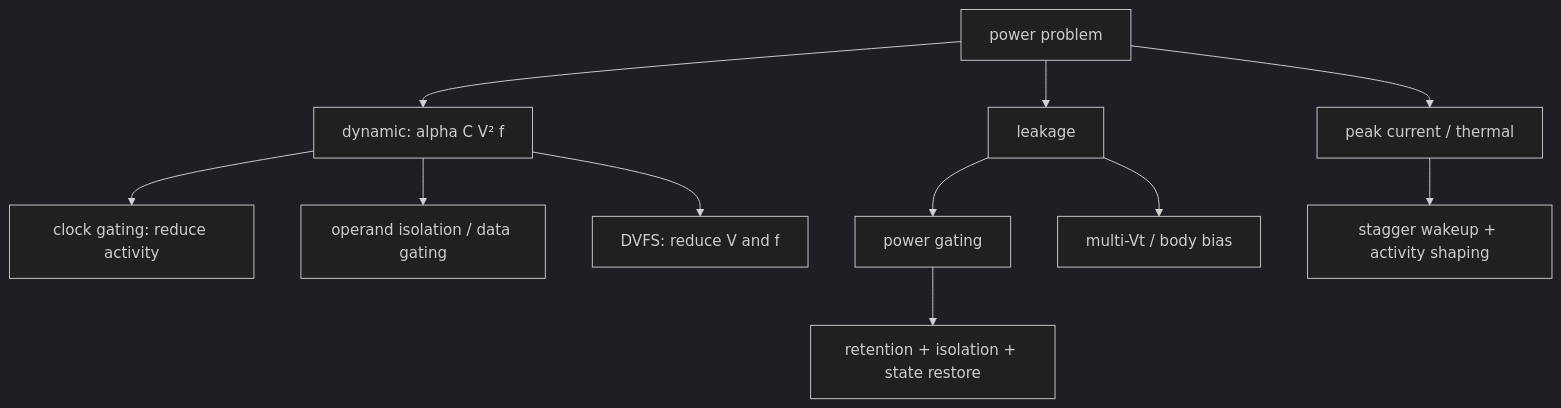
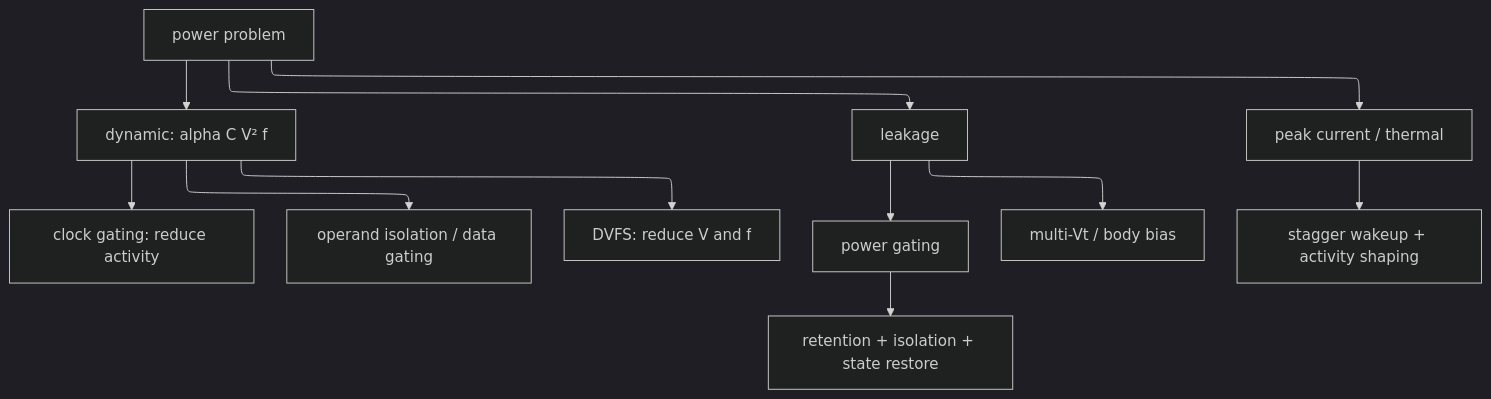
The first of 2 diagrams in 02_Power_and_Low_Power/04_Power_Reduction_Techniques.md (Wty2003328/silicon-design-notebook), drawn with Mermaid (dark theme) before and after one commit. The commit also changed other lines of this file and 13 other files, not shown here.

````diff
--- a/02_Power_and_Low_Power/04_Power_Reduction_Techniques.md
+++ b/02_Power_and_Low_Power/04_Power_Reduction_Techniques.md
@@ -3,13 +3,14 @@
 ```mermaid
+%%{init: {"flowchart": {"defaultRenderer": "elk", "nodeSpacing": 55, "rankSpacing": 55, "htmlLabels": false}}}%%
 flowchart TD
     P["power problem"] --> DYN["dynamic: alpha C V² f"]
     P --> LEAK["leakage"]
     P --> PEAK["peak current / thermal"]
     DYN --> CG["clock gating: reduce activity"]
     DYN --> OI["operand isolation / data gating"]
     DYN --> DVFS["DVFS: reduce V and f"]
     LEAK --> PG["power gating"]
     LEAK --> MVT["multi-Vt / body bias"]
     PEAK --> SEQ["stagger wakeup + activity shaping"]
     PG --> RET["retention + isolation + state restore"]
 ```
````
